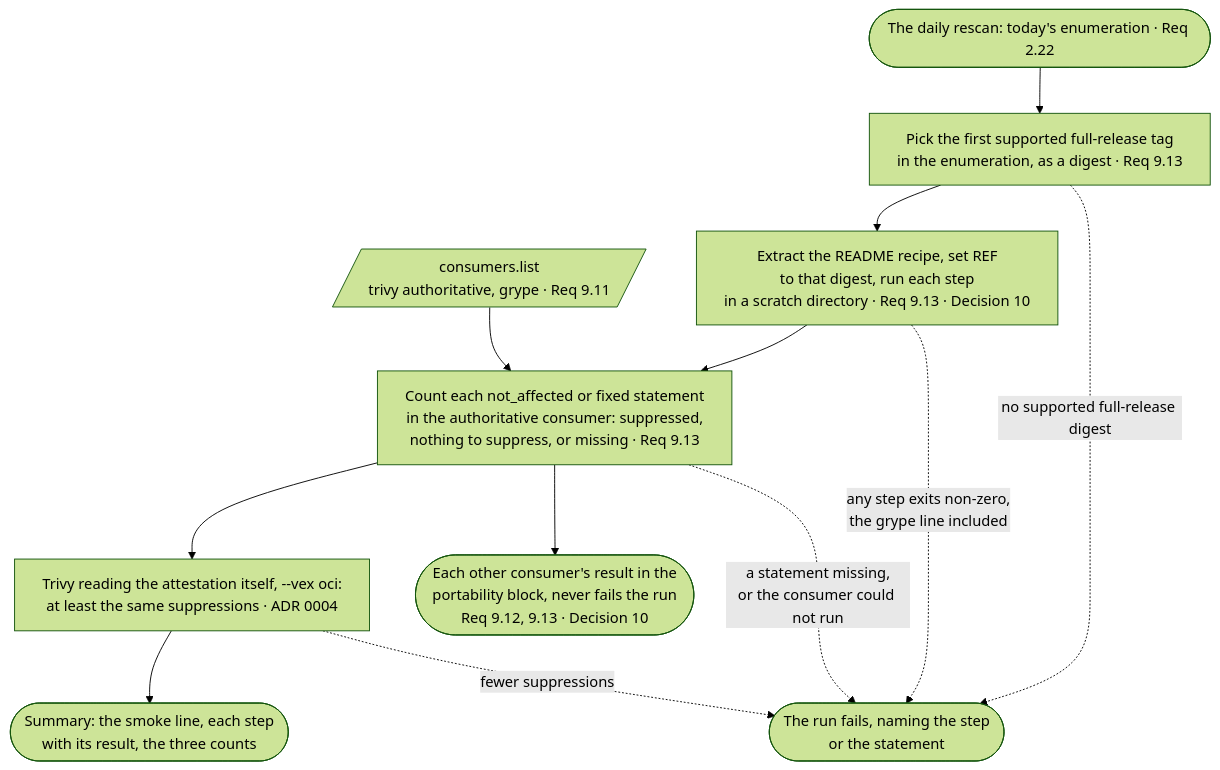
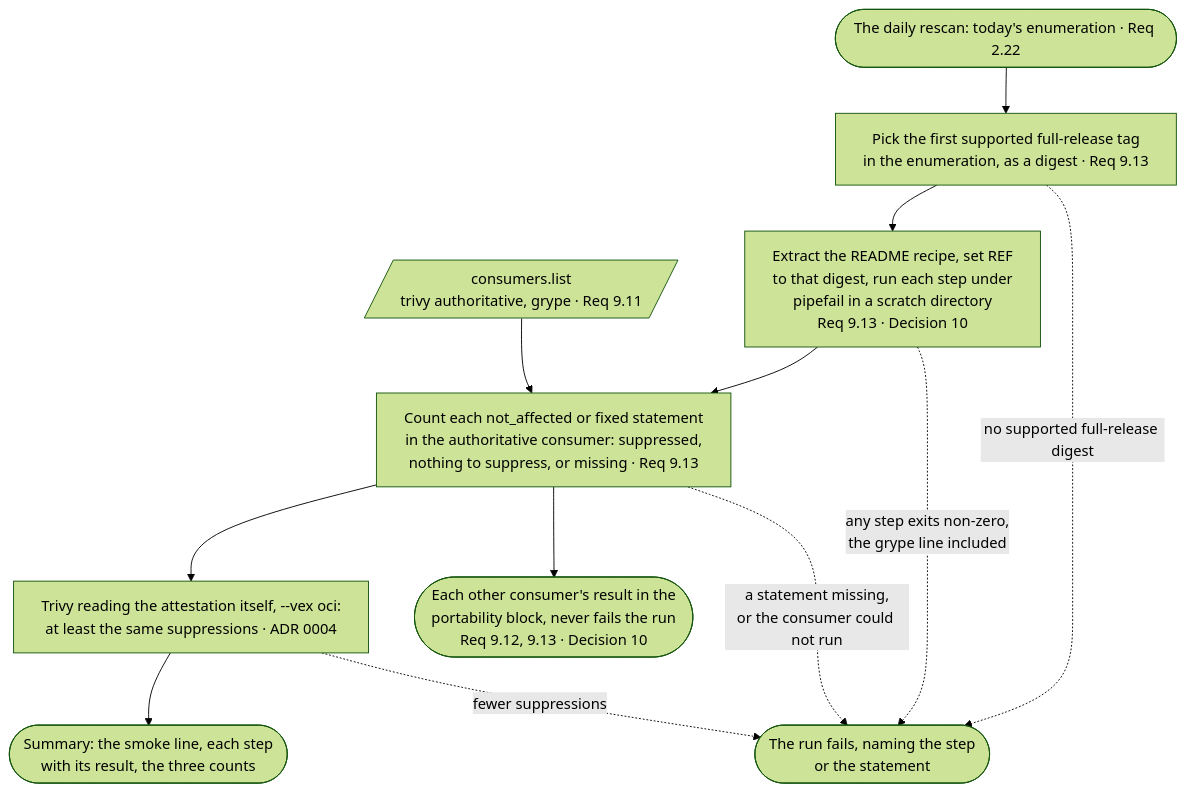
One commit to mm-weber/dhc-pipeline changed diagram 31 of 31 in docs/lanes.md. Above: the diagram before and after it, drawn with Mermaid (forest theme). The commit also changed other lines of this file, not shown here.

````diff
--- a/docs/lanes.md
+++ b/docs/lanes.md
@@ -1112,20 +1145,20 @@
 ```mermaid
 %%{init: {"flowchart": {"wrappingWidth": 340}}}%%
 flowchart TB
     IN(["The daily rescan: today's enumeration · Req 2.22"])
     CON[/"consumers.list<br/>trivy authoritative, grype · Req 9.11"/]
     PICK["Pick the first supported full-release tag<br/>in the enumeration, as a digest · Req 9.13"]
-    RUN["Extract the README recipe, set REF<br/>to that digest, run each step<br/>in a scratch directory · Req 9.13 · Decision 10"]
+    RUN["Extract the README recipe, set REF<br/>to that digest, run each step under<br/>pipefail in a scratch directory<br/>Req 9.13 · Decision 10"]
     SUP["Count each not_affected or fixed statement<br/>in the authoritative consumer: suppressed,<br/>nothing to suppress, or missing · Req 9.13"]
     OCI["Trivy reading the attestation itself, --vex oci:<br/>at least the same suppressions · ADR 0004"]
     OTH(["Each other consumer's result in the<br/>portability block, never fails the run<br/>Req 9.12, 9.13 · Decision 10"])
     OK(["Summary: the smoke line, each step<br/>with its result, the three counts"])
     RED(["The run fails, naming the step<br/>or the statement"])
     IN --> PICK --> RUN --> SUP --> OCI --> OK
     CON --> SUP
     SUP --> OTH
     PICK -.->|no supported full-release digest| RED
     RUN -.->|any step exits non-zero,<br/>the grype line included| RED
     SUP -.->|a statement missing,<br/>or the consumer could not run| RED
     OCI -.->|fewer suppressions| RED
 ```
````
